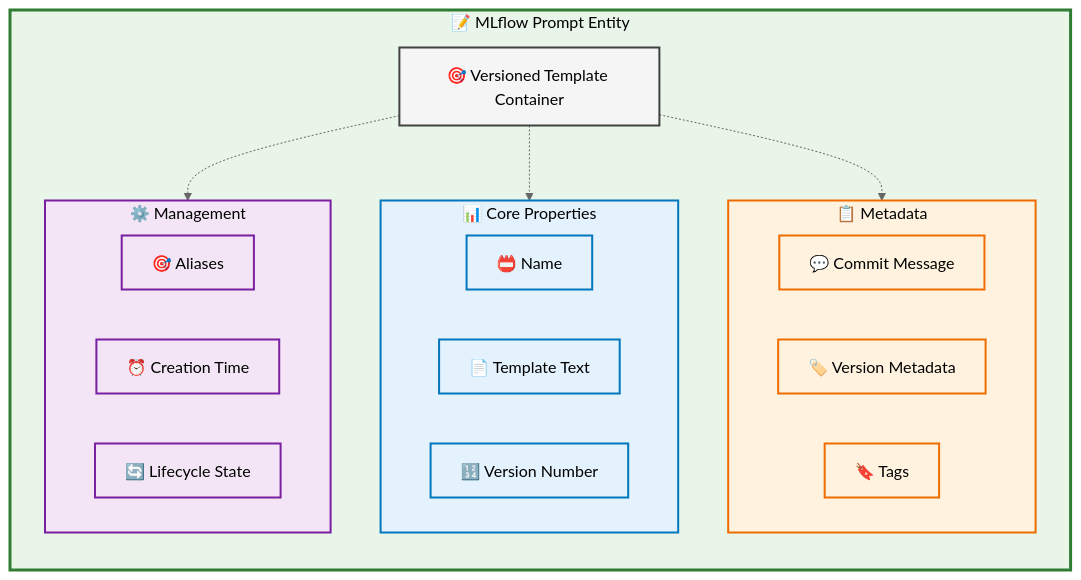
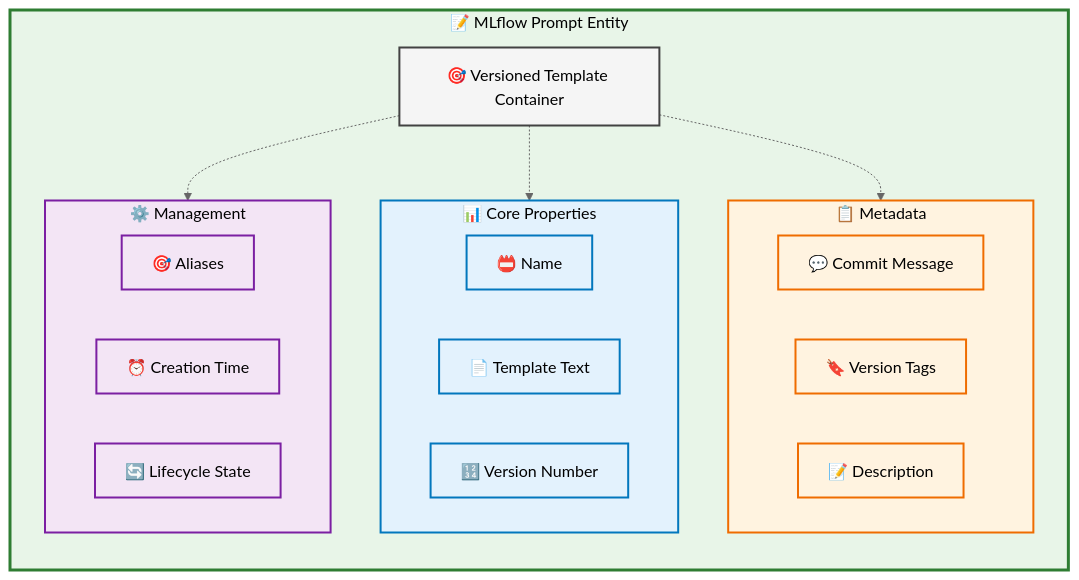
The first of 6 diagrams in docs/docs/genai/data-model/prompts.mdx (mlflow/mlflow), drawn with Mermaid (neutral theme) before and after one commit. The commit also changed other lines of this file and 1 other file, not shown here.

````diff
--- a/docs/docs/genai/data-model/prompts.mdx
+++ b/docs/docs/genai/data-model/prompts.mdx
@@ -13,41 +13,41 @@
 ```mermaid
 graph TD
     subgraph PROMPT[📝 MLflow Prompt Entity]
         direction TB
         TITLE[🎯 Versioned Template Container]
 
         subgraph CORE[📊 Core Properties]
             NAME[📛 Name]
             TEMPLATE[📄 Template Text]
             VERSION[🔢 Version Number]
         end
 
         subgraph METADATA[📋 Metadata]
             COMMIT[💬 Commit Message]
-            VERSION_META[🏷️ Version Metadata]
-            TAGS[🔖 Tags]
+            TAGS[🔖 Version Tags]
+            DESC[📝 Description]
         end
 
         subgraph MANAGEMENT[⚙️ Management]
             ALIASES[🎯 Aliases]
             TIMESTAMP[⏰ Creation Time]
             LIFECYCLE[🔄 Lifecycle State]
         end
 
         TITLE -.-> CORE
         TITLE -.-> METADATA
         TITLE -.-> MANAGEMENT
     end
 
     classDef promptStyle fill:#e8f5e8,stroke:#2e7d32,stroke-width:3px,color:#000
     classDef coreStyle fill:#e3f2fd,stroke:#0277bd,stroke-width:2px,color:#000
     classDef metaStyle fill:#fff3e0,stroke:#ef6c00,stroke-width:2px,color:#000
     classDef mgmtStyle fill:#f3e5f5,stroke:#7b1fa2,stroke-width:2px,color:#000
     classDef titleStyle fill:#f5f5f5,stroke:#424242,stroke-width:2px,color:#000
 
     class PROMPT promptStyle
     class CORE,NAME,TEMPLATE,VERSION coreStyle
-    class METADATA,COMMIT,VERSION_META,TAGS metaStyle
+    class METADATA,COMMIT,TAGS,DESC metaStyle
     class MANAGEMENT,ALIASES,TIMESTAMP,LIFECYCLE mgmtStyle
     class TITLE titleStyle
 ```
````
